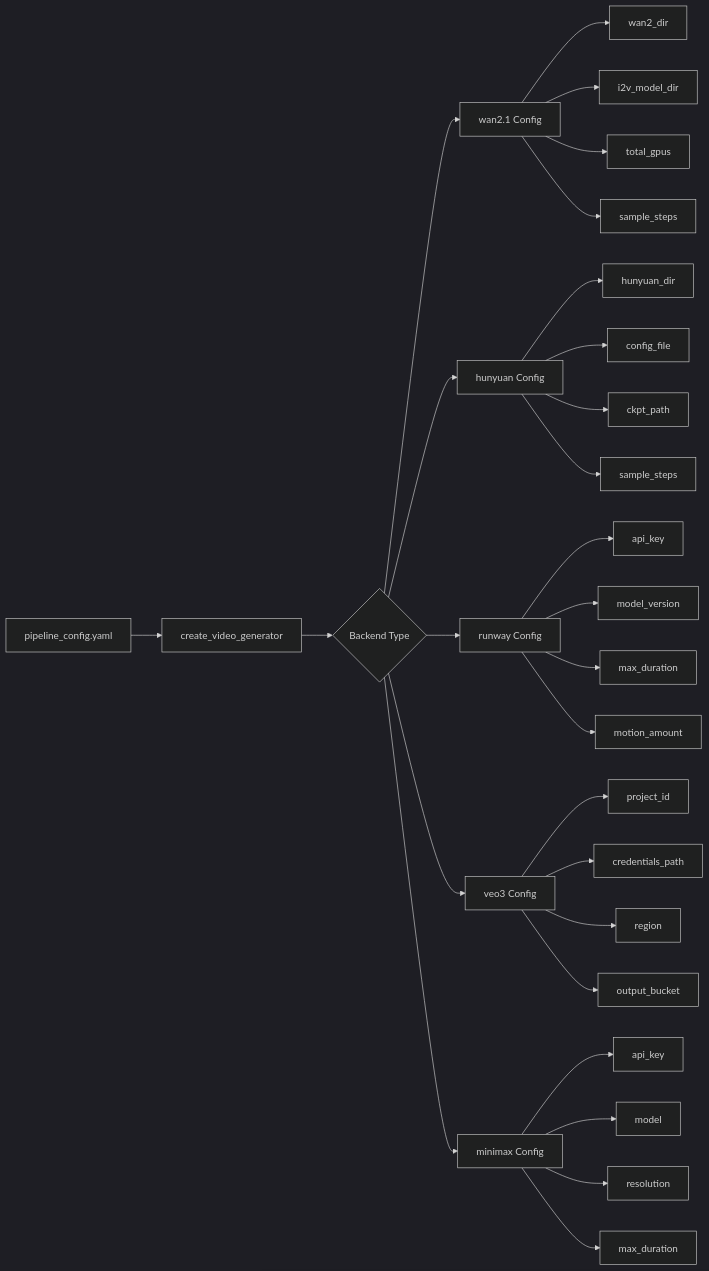
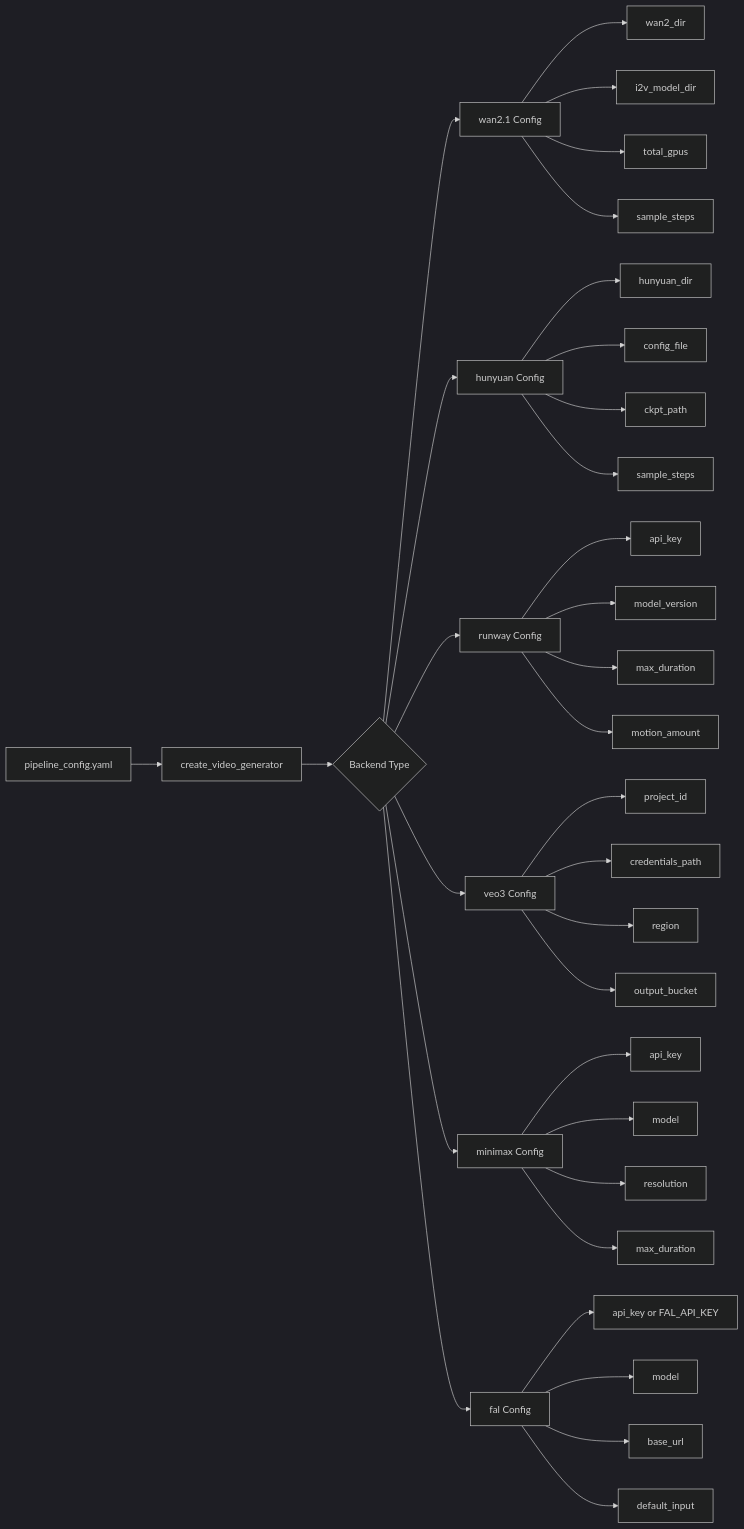
Before and after one commit to trilogy-group/ttv-pipeline: the first of 2 diagrams in docs/05-architecture-and-interface.md, drawn with Mermaid (dark theme). The commit also changed other lines of this file and 11 other files, not shown here.

````diff
--- a/docs/05-architecture-and-interface.md
+++ b/docs/05-architecture-and-interface.md
@@ -121,41 +129,48 @@
 ```mermaid
 graph LR
     config[pipeline_config.yaml] --> factory[create_video_generator]
     factory --> selector{Backend Type}
     
     selector --> wan2[wan2.1 Config]
     selector --> hunyuan[hunyuan Config]
     selector --> runway[runway Config]
     selector --> veo3[veo3 Config]
     selector --> minimax[minimax Config]
+    selector --> fal[fal Config]
     
     %% Wan2.1 Configuration
     wan2 --> wan2_dir[wan2_dir]
     wan2 --> i2v_model_dir[i2v_model_dir]
     wan2 --> total_gpus[total_gpus]
     wan2 --> sample_steps[sample_steps]
 
     %% Hunyuan Configuration
     hunyuan --> hunyuan_dir[hunyuan_dir]
     hunyuan --> hunyuan_cfg[config_file]
     hunyuan --> hunyuan_ckpt[ckpt_path]
     hunyuan --> hunyuan_steps[sample_steps]
     
     %% Runway Configuration
     runway --> api_key[api_key]
     runway --> model_version[model_version]
     runway --> max_duration[max_duration]
     runway --> motion_amount[motion_amount]
     
     %% Veo3 Configuration
     veo3 --> project_id[project_id]
     veo3 --> credentials_path[credentials_path]
     veo3 --> region[region]
     veo3 --> output_bucket[output_bucket]
     
     %% Minimax Configuration
     minimax --> minimax_api_key[api_key]
     minimax --> minimax_model[model]
     minimax --> minimax_resolution[resolution]
     minimax --> minimax_max_duration[max_duration]
+
+    %% fal.ai Configuration
+    fal --> fal_api_key[api_key or FAL_API_KEY]
+    fal --> fal_model[model]
+    fal --> fal_base_url[base_url]
+    fal --> fal_default_input[default_input]
 ```
````
